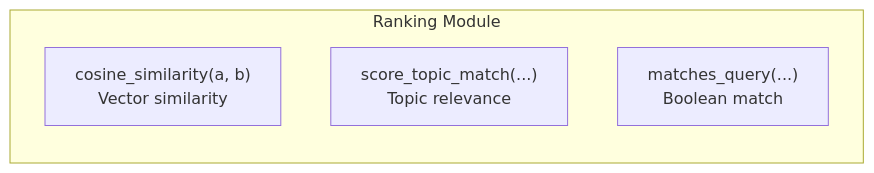
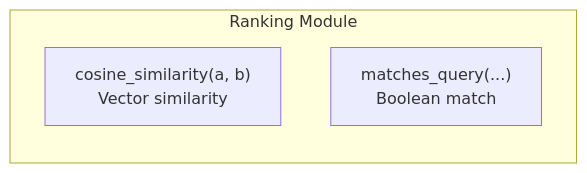
One commit to a1amit/CourseLLM-Firebase changed the eighth of 17 diagrams in services/ingestion/ARCHITECTURE.md. Above: the diagram before and after it, drawn with Mermaid. The commit also changed other lines of this file, not shown here.

````diff
--- a/services/ingestion/ARCHITECTURE.md
+++ b/services/ingestion/ARCHITECTURE.md
@@ -480,8 +480,7 @@
 ```mermaid
 flowchart LR
     subgraph RankingModule["Ranking Module"]
         CosineSim["cosine_similarity(a, b)<br/>Vector similarity"]
-        TopicScore["score_topic_match(...)<br/>Topic relevance"]
         TopicMatch["matches_query(...)<br/>Boolean match"]
     end
 ```
````
